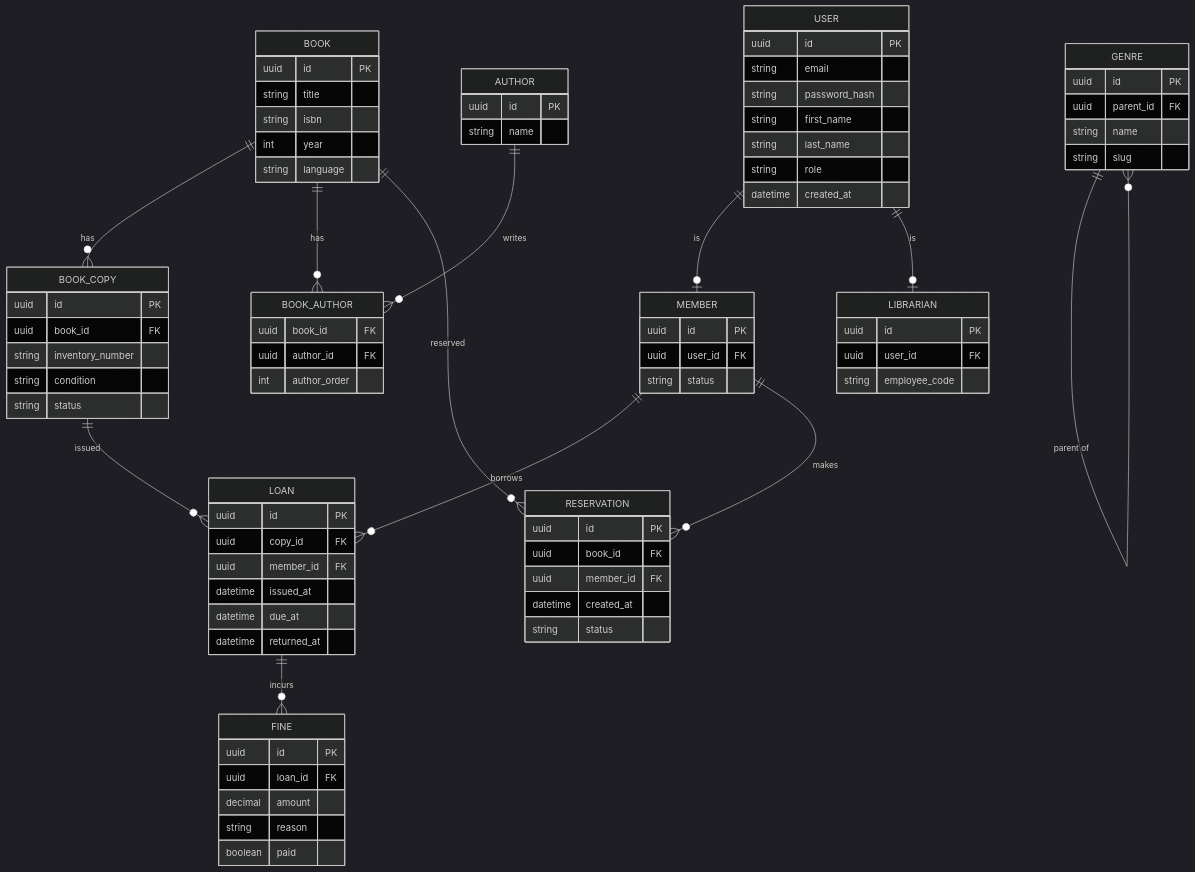
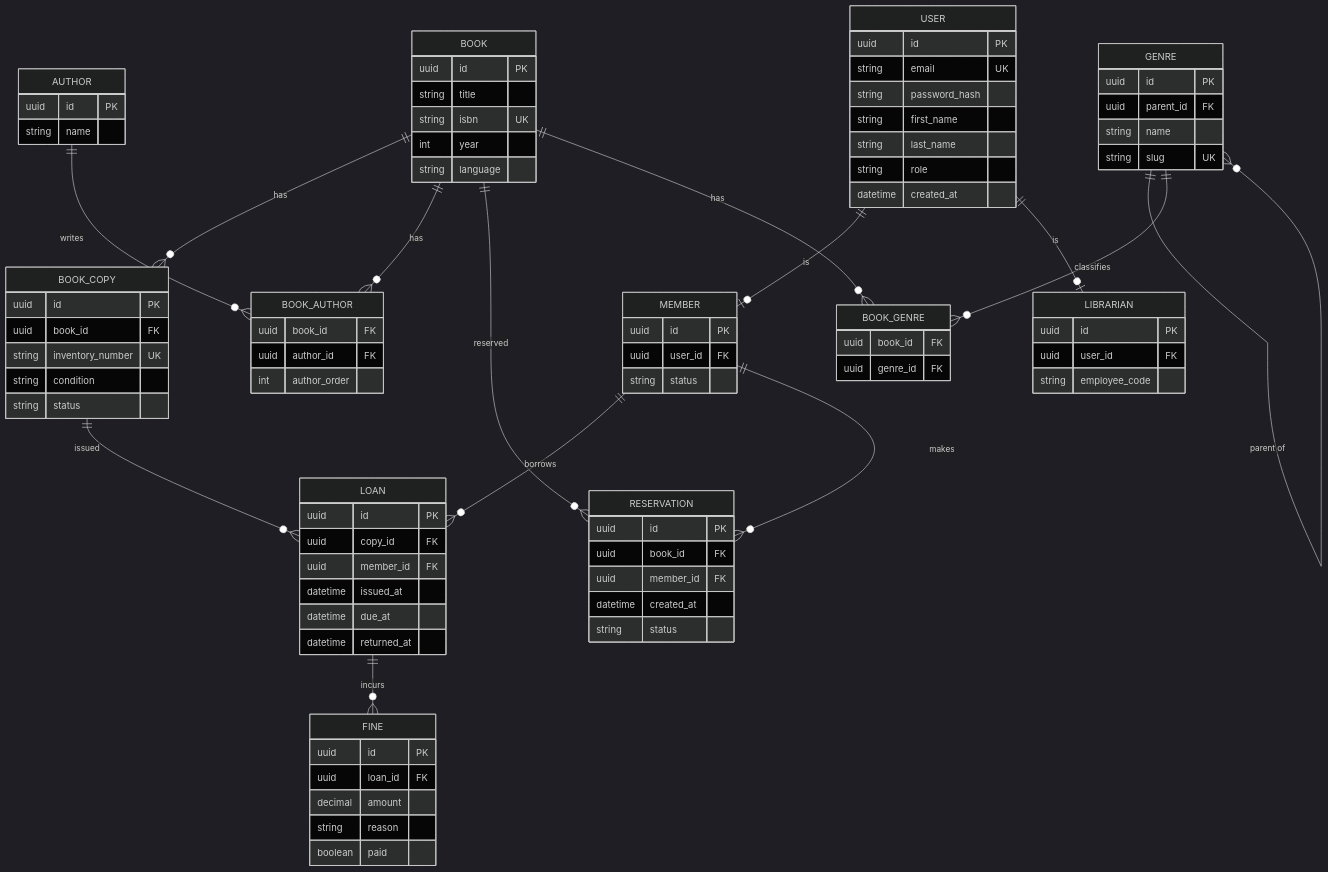
The diagram in task-1/er.md (veronikapaschenkor29-png/Library-Modeling-and-Analysis-of-Software-Requirements), drawn with Mermaid (dark theme) before and after one commit. The commit also changed other lines of this file and 1 other file, not shown here.

Commit message:
fix(task-1): ER model fixes (BOOK-GENRE, UK, composite PK)

````diff
--- a/task-1/er.md
+++ b/task-1/er.md
@@ -11,13 +11,15 @@
     BOOK ||--o{ RESERVATION : reserved
     LOAN ||--o{ FINE : incurs
     GENRE ||--o{ GENRE : "parent of"
+    BOOK ||--o{ BOOK_GENRE : has
+    GENRE ||--o{ BOOK_GENRE : classifies
     USER ||--o| MEMBER : is
     USER ||--o| LIBRARIAN : is
 
     BOOK {
         uuid id PK
         string title
-        string isbn
+        string isbn UK
         int year
         string language
     }
@@ -25,7 +27,7 @@
     BOOK_COPY {
         uuid id PK
         uuid book_id FK
-        string inventory_number
+        string inventory_number UK
         string condition
         string status
     }
@@ -40,10 +42,11 @@
         uuid author_id FK
         int author_order
     }
+    %% PK: (book_id, author_id)
 
     USER {
         uuid id PK
-        string email
+        string email UK
         string password_hash
         string first_name
         string last_name
@@ -92,6 +95,12 @@
         uuid id PK
         uuid parent_id FK
         string name
-        string slug
+        string slug UK
     }
+
+    BOOK_GENRE {
+        uuid book_id FK
+        uuid genre_id FK
+    }
+    %% PK: (book_id, genre_id)
 ```
````
